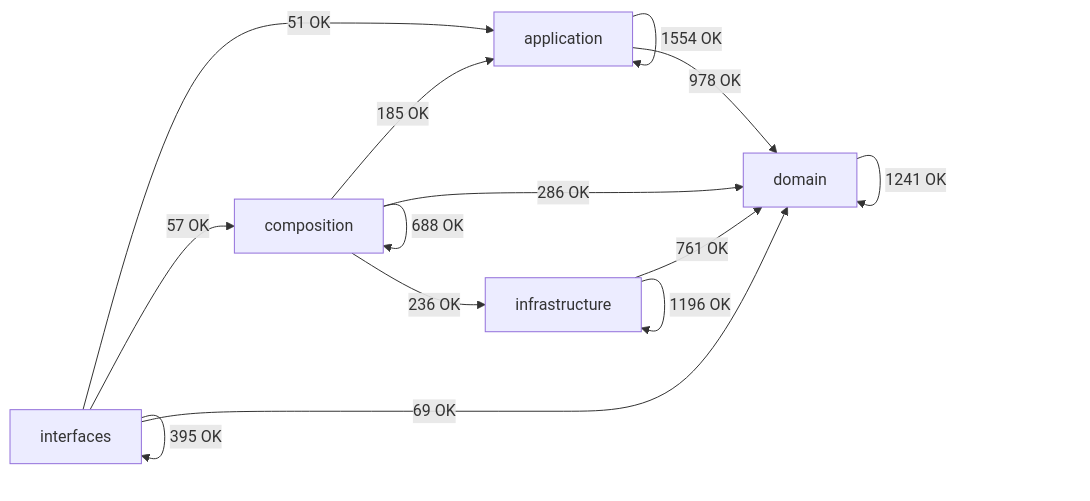
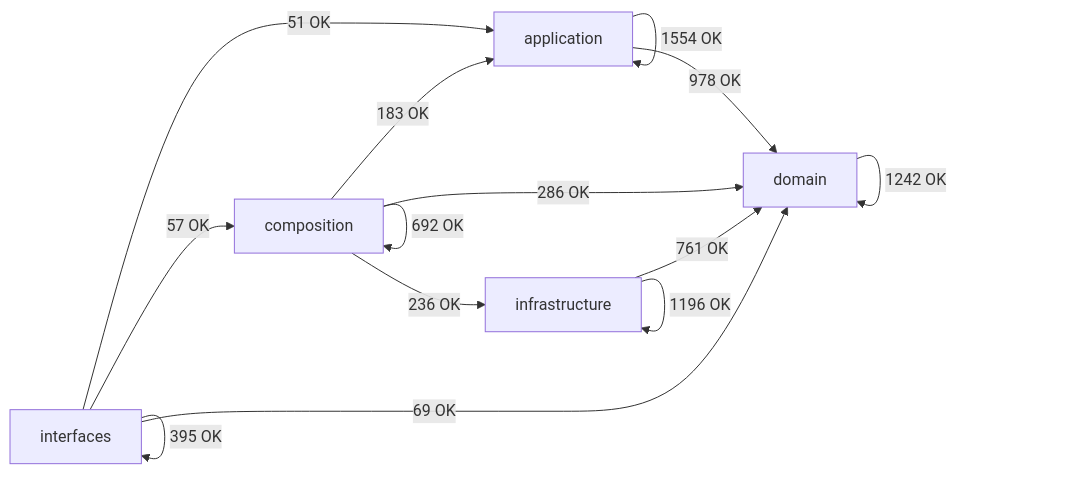
The diagram in docs/02-architecture/generated/module-dependency-map.md (SatoryKono/BioactivityDataAcquisition), drawn with Mermaid before and after one commit. The commit also changed other lines of this file and 15 other files, not shown here.

````diff
--- a/docs/02-architecture/generated/module-dependency-map.md
+++ b/docs/02-architecture/generated/module-dependency-map.md
@@ -17,21 +17,21 @@
 ```mermaid
 flowchart LR
     domain[domain]
     application[application]
     infrastructure[infrastructure]
     composition[composition]
     interfaces[interfaces]
     application -->|1554 OK| application
     application -->|978 OK| domain
-    composition -->|185 OK| application
-    composition -->|688 OK| composition
+    composition -->|183 OK| application
+    composition -->|692 OK| composition
     composition -->|286 OK| domain
     composition -->|236 OK| infrastructure
-    domain -->|1241 OK| domain
+    domain -->|1242 OK| domain
     infrastructure -->|761 OK| domain
     infrastructure -->|1196 OK| infrastructure
     interfaces -->|51 OK| application
     interfaces -->|57 OK| composition
     interfaces -->|69 OK| domain
     interfaces -->|395 OK| interfaces
 ```
````
